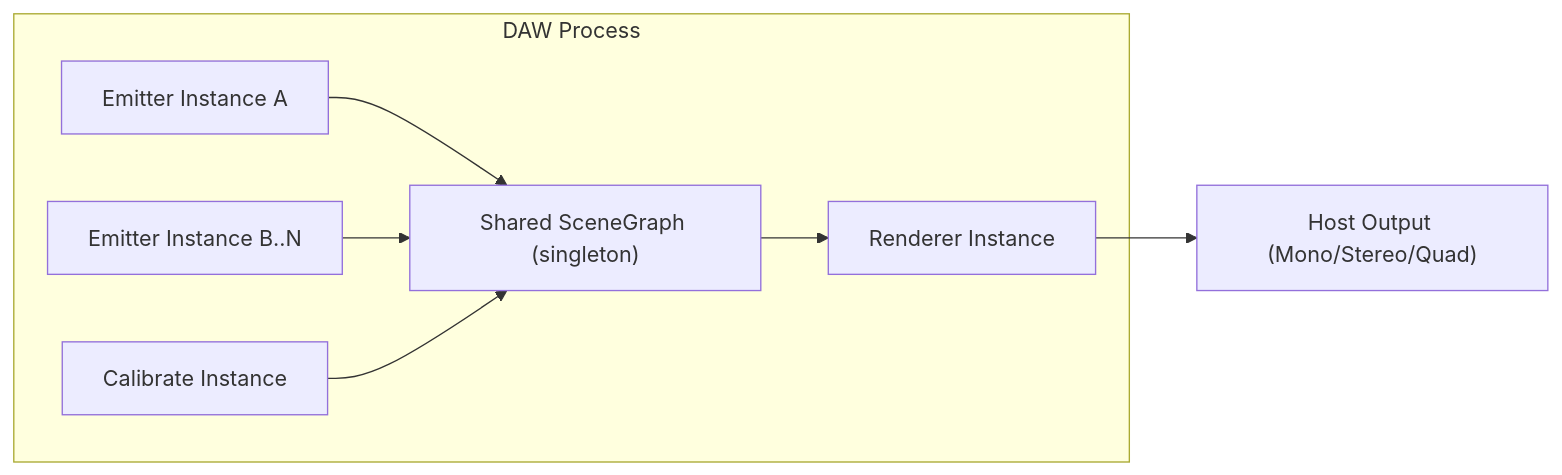
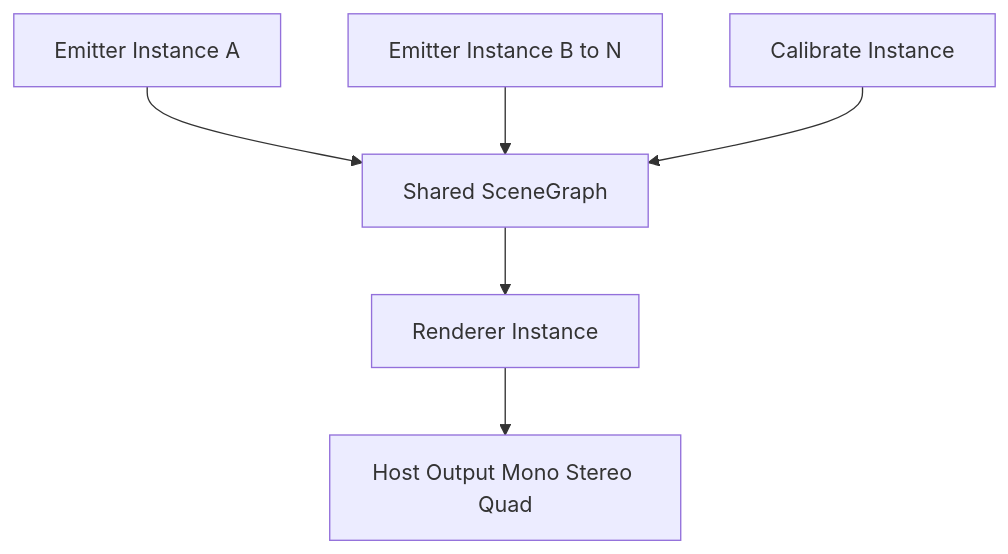
The first of 2 diagrams in README.md (joshband/LocusQ), drawn with Mermaid before and after one commit. The commit also changed other lines of this file, not shown here.

Commit message:
docs(readme): simplify mermaid diagrams for github rendering

````diff
--- a/README.md
+++ b/README.md
@@ -79,16 +79,15 @@
 ```mermaid
-flowchart LR
-    subgraph DAW["DAW Process"]
-        E1["Emitter Instance A"]
-        E2["Emitter Instance B..N"]
-        C["Calibrate Instance"]
-        SG["Shared SceneGraph (singleton)"]
-        R["Renderer Instance"]
-    end
+flowchart TD
+    E1[Emitter Instance A]
+    E2[Emitter Instance B to N]
+    C[Calibrate Instance]
+    SG[Shared SceneGraph]
+    R[Renderer Instance]
+    OUT[Host Output Mono Stereo Quad]
 
     E1 --> SG
     E2 --> SG
     C --> SG
     SG --> R
-    R --> OUT["Host Output (Mono/Stereo/Quad)"]
+    R --> OUT
 ```
````
